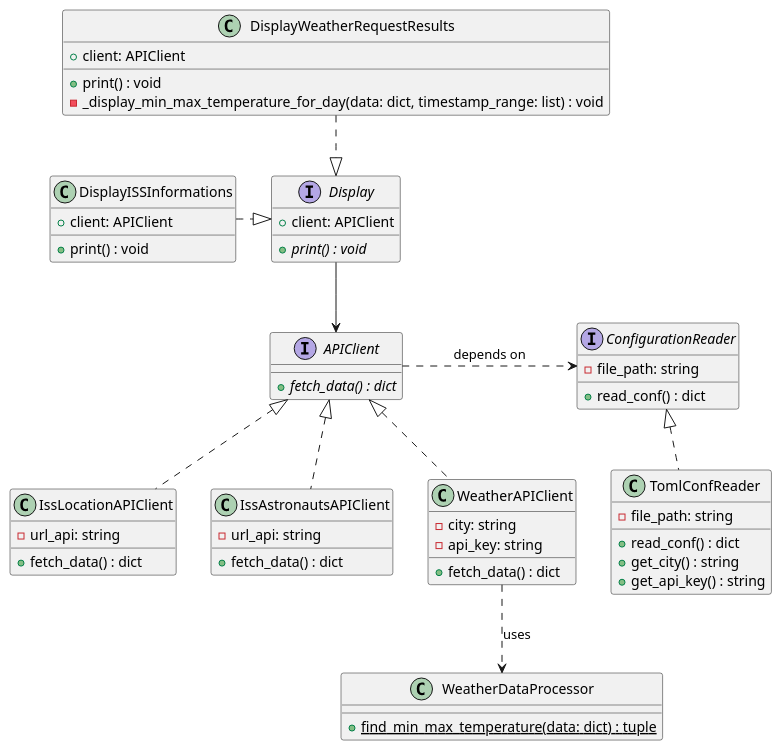
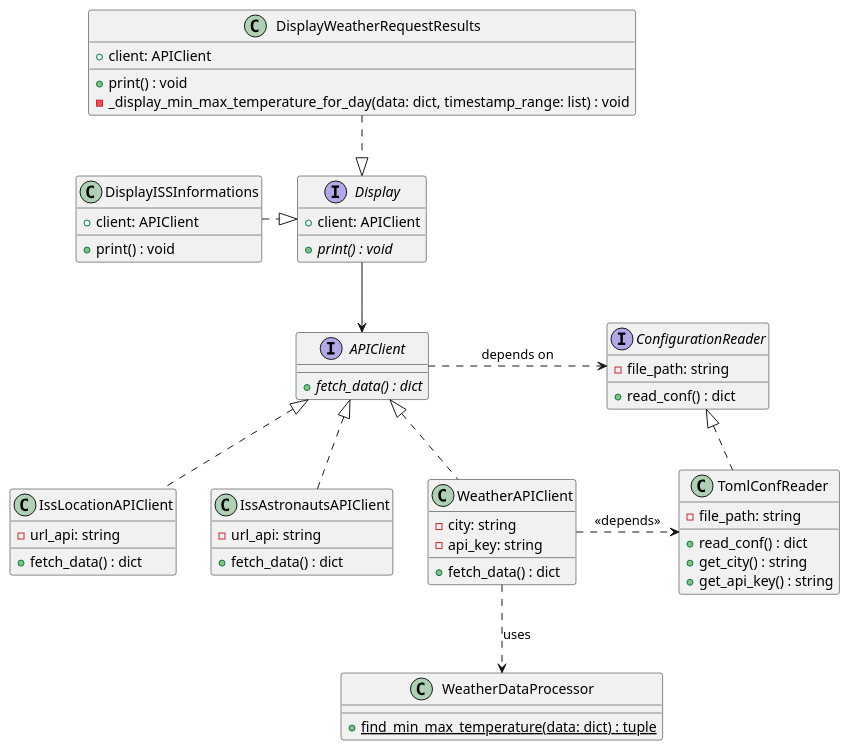
The diagram in docs/Class.puml (JneiraS/API_Exercices), drawn with PlantUML before and after one commit. The commit also changed 1 other file, not shown here.

Commit message:
update UML

```diff
--- a/docs/Class.puml
+++ b/docs/Class.puml
@@ -1,71 +1,73 @@
 @startuml
 ' Abstract base class
 interface APIClient {
   + {abstract} fetch_data() : dict
 }
 
 ' Display interfaces
 interface Display {
   + client: APIClient
   + {abstract} print() : void
 }
 
 ' Configuration
 interface ConfigurationReader {
   - file_path: string
   + read_conf() : dict
 }
 
 ' API Clients
 class IssLocationAPIClient {
   - url_api: string
   + fetch_data() : dict
 }
 
 class IssAstronautsAPIClient {
   - url_api: string
   + fetch_data() : dict
 }
 
 class WeatherAPIClient {
   - city: string
   - api_key: string
   + fetch_data() : dict
 }
 
 class WeatherDataProcessor {
   + {static} find_min_max_temperature(data: dict) : tuple
 }
 
 class DisplayISSInformations {
   + client: APIClient
   + print() : void
 }
 
 class DisplayWeatherRequestResults {
   + client: APIClient
   + print() : void
   - _display_min_max_temperature_for_day(data: dict, timestamp_range: list) : void
 }
 
 class TomlConfReader {
   - file_path: string
   + read_conf() : dict
   + get_city() : string
   + get_api_key() : string
 }
 
 ' Relationships
 Display -down-> APIClient
 
 ConfigurationReader <|.. TomlConfReader
 ConfigurationReader <.left. APIClient : depends on
 APIClient <|.. IssLocationAPIClient
 APIClient <|.. WeatherAPIClient
 APIClient <|.. IssAstronautsAPIClient
 
 Display <|.left. DisplayISSInformations
 Display <|.up. DisplayWeatherRequestResults
 
 WeatherAPIClient ..> WeatherDataProcessor : uses
+TomlConfReader <.left. WeatherAPIClient: << depends >>
+
 @enduml
```
